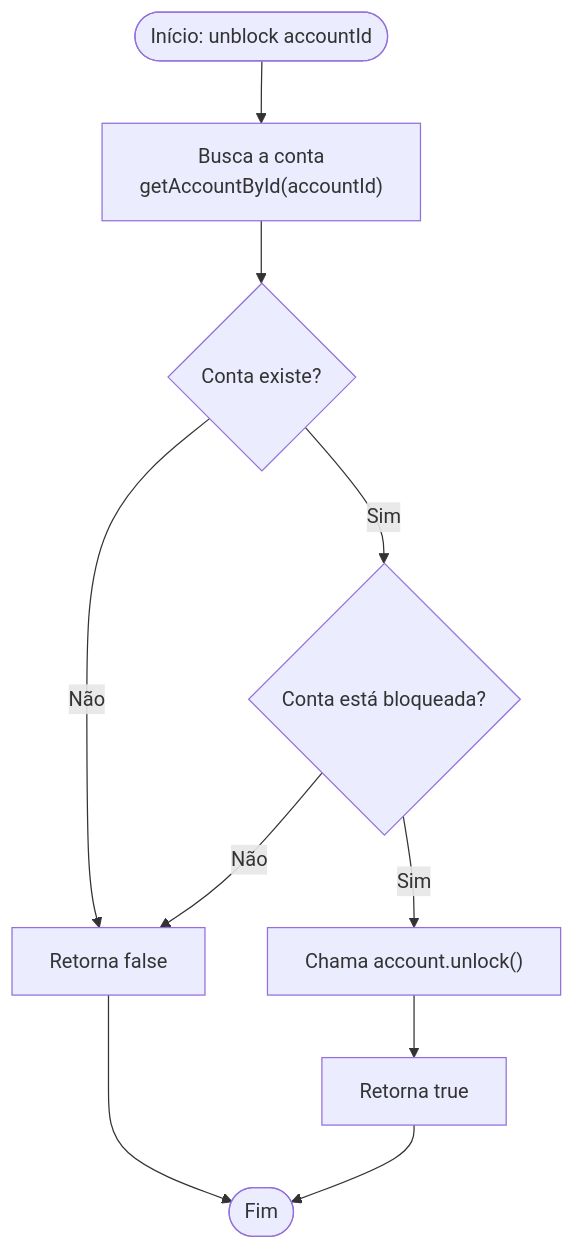
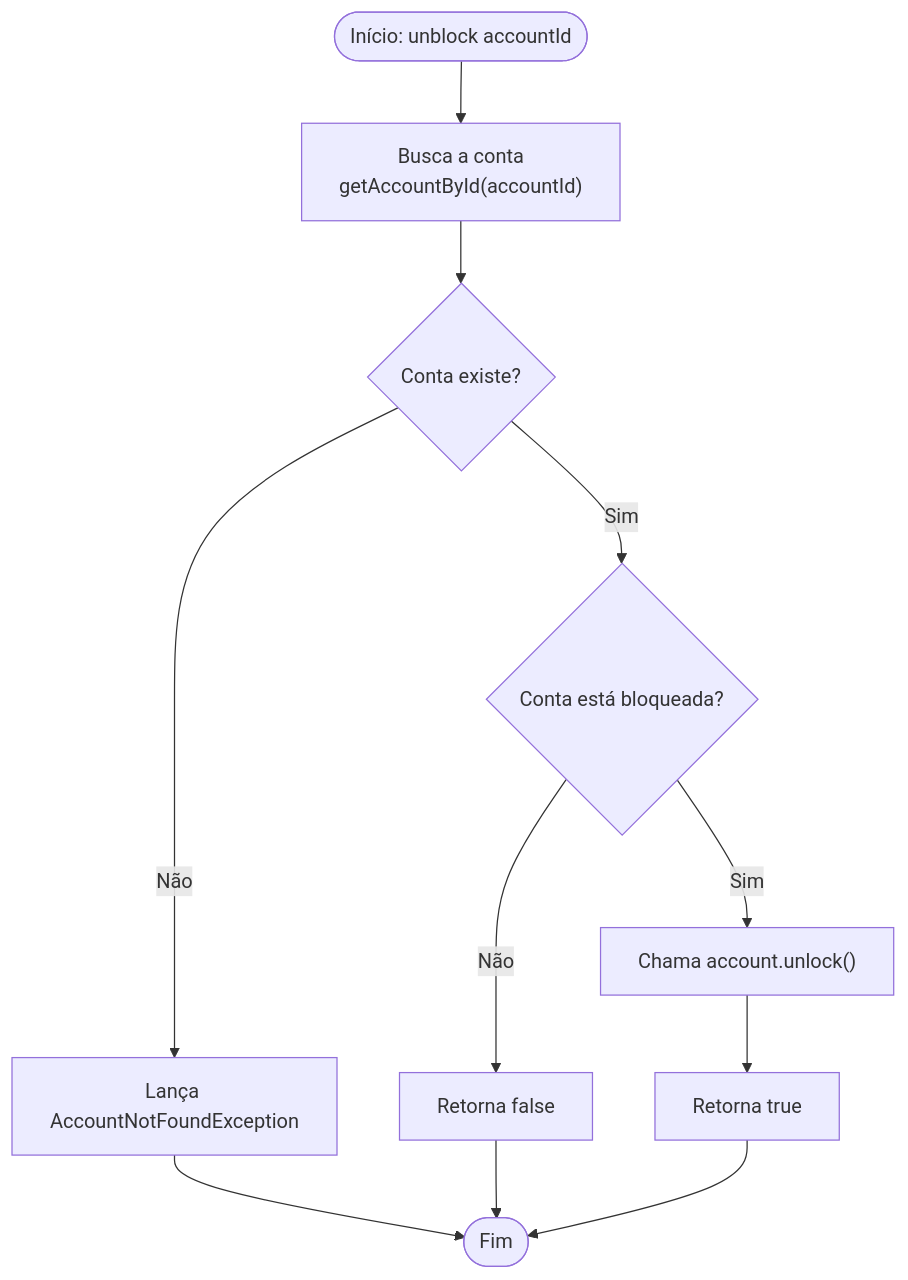
The third of 4 diagrams in doc/architecture/mermaid_level_4.md (guiassys/nubank-training), drawn with Mermaid before and after one commit. The commit also changed other lines of this file and 3 other files, not shown here.

Commit message:
fix: add exceptions in mermaid diagrans

````diff
--- a/doc/architecture/mermaid_level_4.md
+++ b/doc/architecture/mermaid_level_4.md
@@ -53,16 +53,17 @@
 ```mermaid
 flowchart TD
     Start([Início: unblock accountId]) --> GetAccount["Busca a conta\ngetAccountById(accountId)"]
     
     GetAccount --> CheckAccount{Conta existe?}
-    CheckAccount -- Não --> ReturnFalse[Retorna false]
+    CheckAccount -- Não --> ThrowNotFound[Lança AccountNotFoundException]
     
     CheckAccount -- Sim --> IsLocked{Conta está bloqueada?}
-    IsLocked -- Não --> ReturnFalse
+    IsLocked -- Não --> ReturnFalse[Retorna false]
     
     IsLocked -- Sim --> UnlockAccount["Chama account.unlock()"]
     UnlockAccount --> ReturnTrue[Retorna true]
 
-    ReturnFalse --> End([Fim])
+    ThrowNotFound --> End([Fim])
+    ReturnFalse --> End
     ReturnTrue --> End
 ```
````
